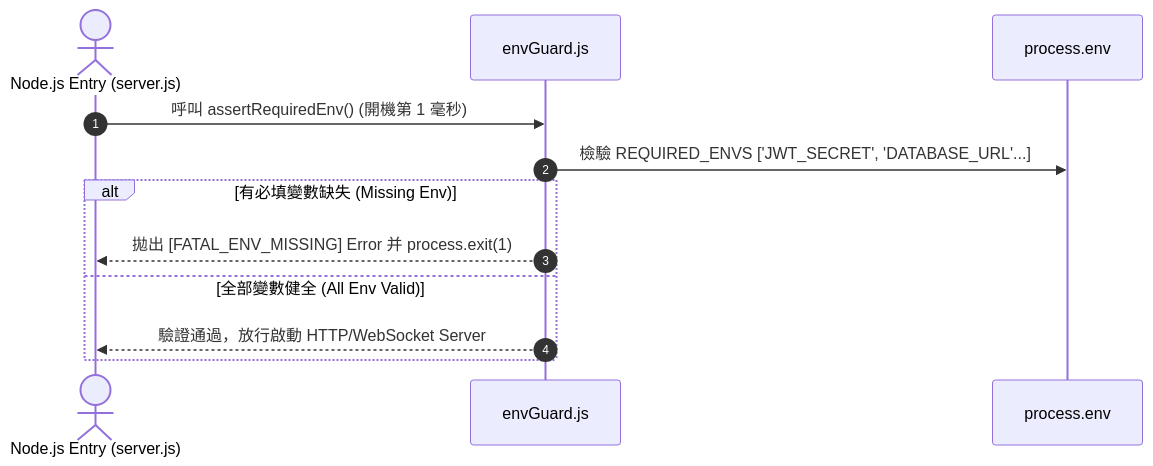
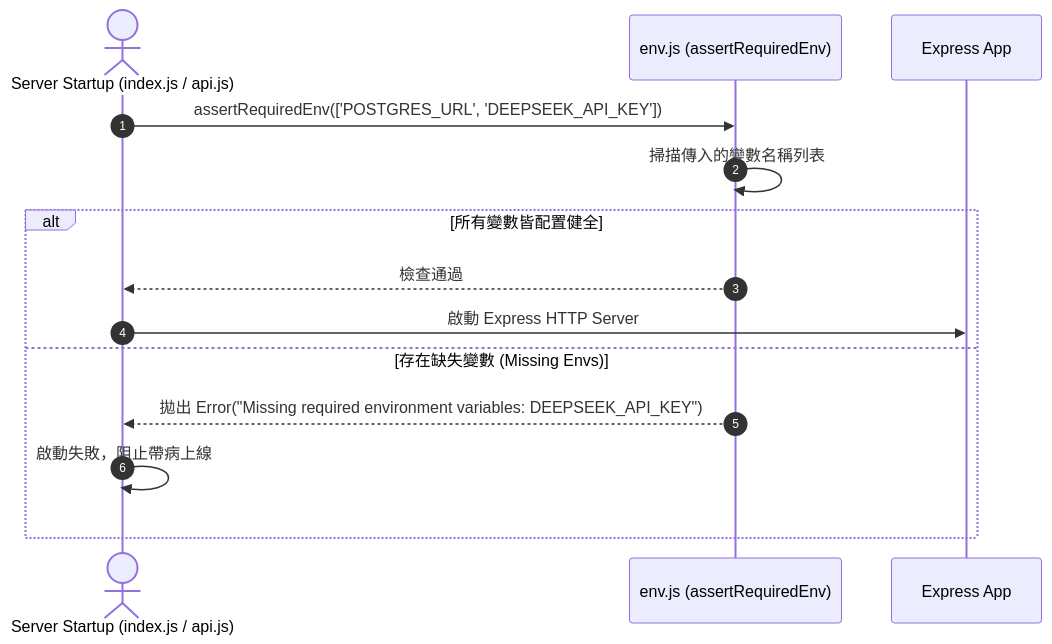
One commit to Alanho2025/Kiwi-AI-interview-Agent changed the diagram in docs/architecture-decision-records/features/F-60-environment-variable-secret-guard.md. Above: the diagram before and after it, drawn with Mermaid. The commit also changed other lines of this file and 74 other files, not shown here.

````diff
--- a/docs/architecture-decision-records/features/F-60-environment-variable-secret-guard.md
+++ b/docs/architecture-decision-records/features/F-60-environment-variable-secret-guard.md
@@ -47,15 +42,18 @@
 ```mermaid
 sequenceDiagram
     autonumber
-    actor Server as Node.js Entry (server.js)
-    participant Guard as envGuard.js
-    participant Process as process.env
+    actor Boot as Server Startup (index.js / api.js)
+    participant Env as env.js (assertRequiredEnv)
+    participant App as Express App
 
-    Server->>Guard: 呼叫 assertRequiredEnv() (開機第 1 毫秒)
-    Guard->>Process: 檢驗 REQUIRED_ENVS ['JWT_SECRET', 'DATABASE_URL'...]
-    alt 有必填變數缺失 (Missing Env)
-        Guard-->>Server: 拋出 [FATAL_ENV_MISSING] Error 并 process.exit(1)
-    else 全部變數健全 (All Env Valid)
-        Guard-->>Server: 驗證通過，放行啟動 HTTP/WebSocket Server
+    Boot->>Env: assertRequiredEnv(['POSTGRES_URL', 'DEEPSEEK_API_KEY'])
+    Env->>Env: 掃描傳入的變數名稱列表
+    
+    alt 所有變數皆配置健全
+        Env-->>Boot: 檢查通過
+        Boot->>App: 啟動 Express HTTP Server
+    else 存在缺失變數 (Missing Envs)
+        Env-->>Boot: 拋出 Error("Missing required environment variables: DEEPSEEK_API_KEY")
+        Boot->>Boot: 啟動失敗，阻止帶病上線
     end
 ```
````
